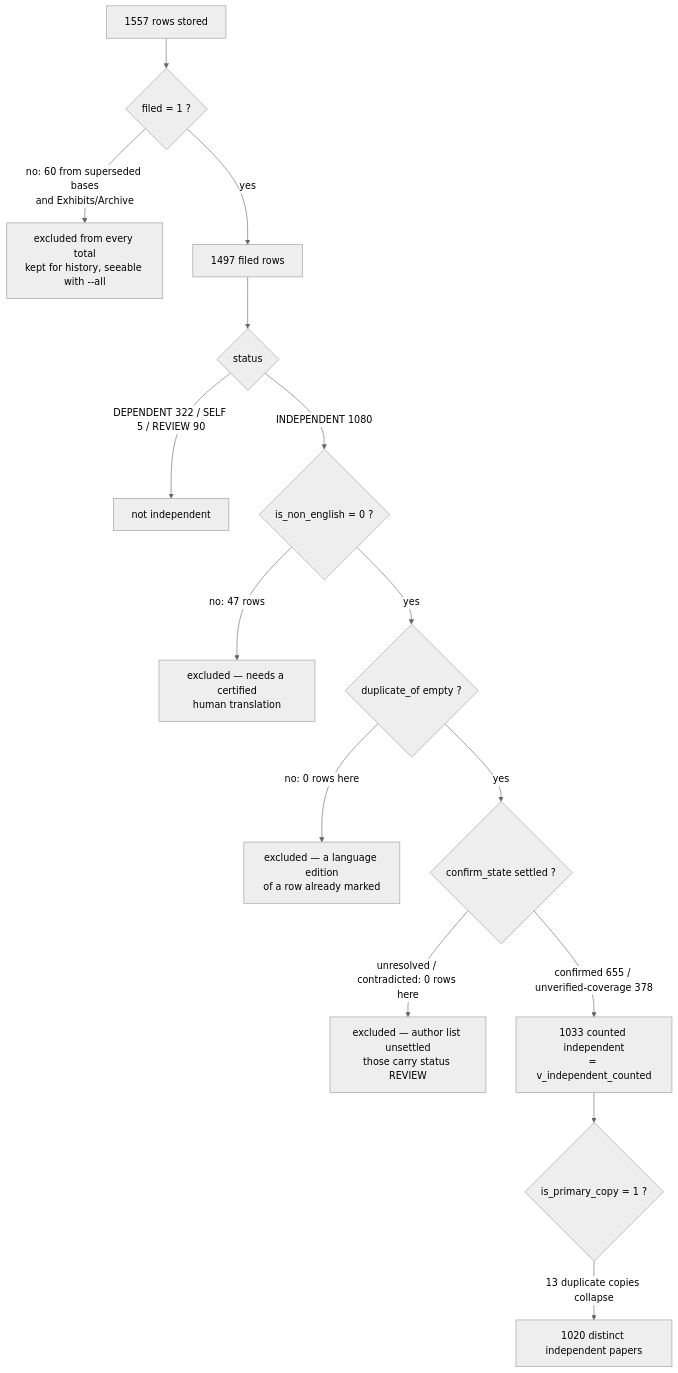
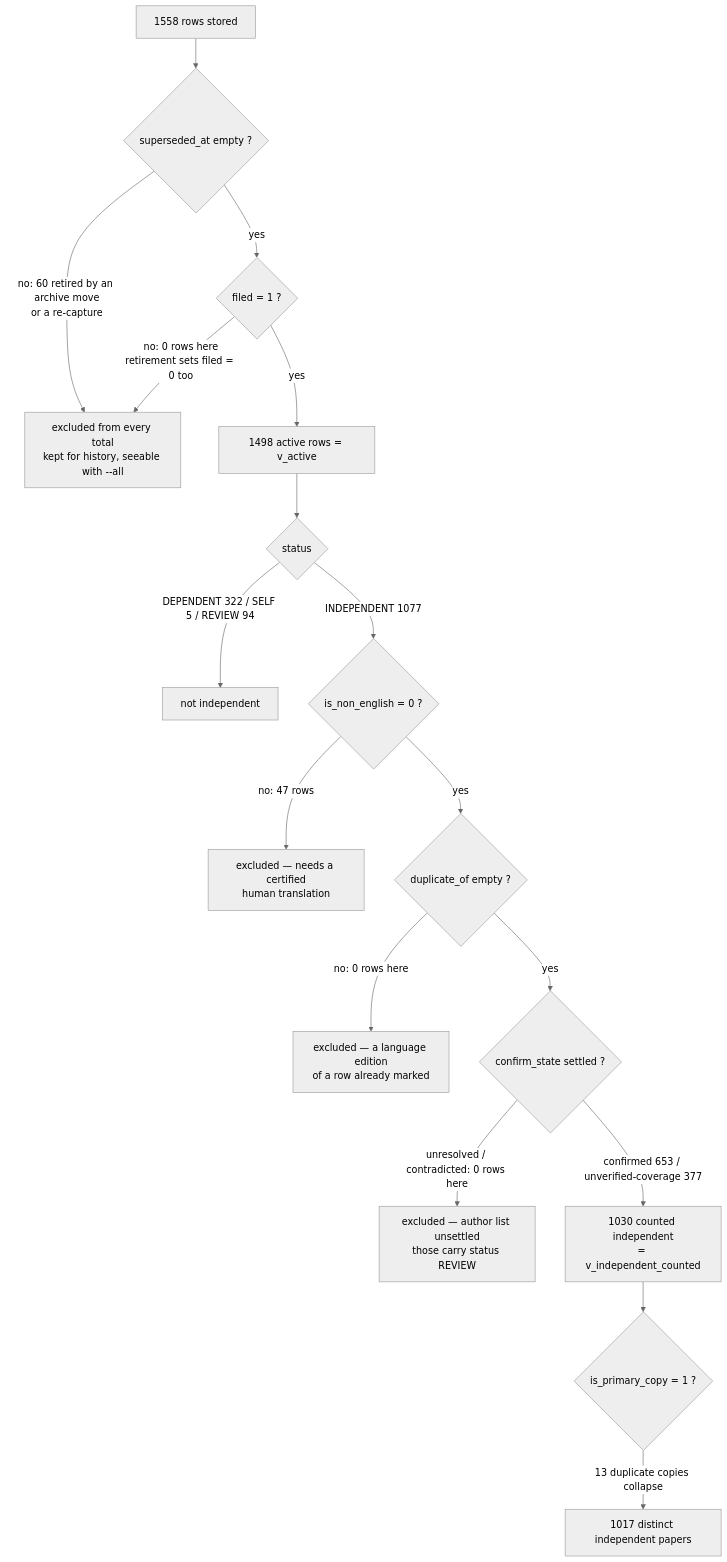
Before and after one commit to akulmehta/academic-citation-tracker: the third of 3 diagrams in Database/citation-catalog-schema.md, drawn with Mermaid (neutral theme). The commit also changed other lines of this file and 18 other files, not shown here.

````diff
--- a/Database/citation-catalog-schema.md
+++ b/Database/citation-catalog-schema.md
@@ -677,19 +877,21 @@
 ```mermaid
 flowchart TD
-    T["1557 rows stored"] --> A{"filed = 1 ?"}
-    A -- "no: 60 from superseded bases<br/>and Exhibits/Archive" --> X["excluded from every total<br/>kept for history, seeable with --all"]
-    A -- yes --> F["1497 filed rows"]
+    T["1558 rows stored"] --> RS{"superseded_at empty ?"}
+    RS -- "no: 60 retired by an archive move<br/>or a re-capture" --> X["excluded from every total<br/>kept for history, seeable with --all"]
+    RS -- yes --> A{"filed = 1 ?"}
+    A -- "no: 0 rows here<br/>retirement sets filed = 0 too" --> X
+    A -- yes --> F["1498 active rows = v_active"]
 
     F --> S{"status"}
-    S -- "DEPENDENT 322 / SELF 5 / REVIEW 90" --> Y["not independent"]
-    S -- "INDEPENDENT 1080" --> L{"is_non_english = 0 ?"}
+    S -- "DEPENDENT 322 / SELF 5 / REVIEW 94" --> Y["not independent"]
+    S -- "INDEPENDENT 1077" --> L{"is_non_english = 0 ?"}
     L -- "no: 47 rows" --> Z["excluded — needs a certified<br/>human translation"]
     L -- yes --> ED{"duplicate_of empty ?"}
     ED -- "no: 0 rows here" --> Z3["excluded — a language edition<br/>of a row already marked"]
     ED -- yes --> CS{"confirm_state settled ?"}
     CS -- "unresolved / contradicted: 0 rows here" --> Z2["excluded — author list unsettled<br/>those carry status REVIEW"]
-    CS -- "confirmed 655 / unverified-coverage 378" --> H["1033 counted independent<br/>= v_independent_counted"]
+    CS -- "confirmed 653 / unverified-coverage 377" --> H["1030 counted independent<br/>= v_independent_counted"]
 
     H --> D{"is_primary_copy = 1 ?"}
-    D -- "13 duplicate copies collapse" --> U["1020 distinct independent papers"]
+    D -- "13 duplicate copies collapse" --> U["1017 distinct independent papers"]
 ```
````
